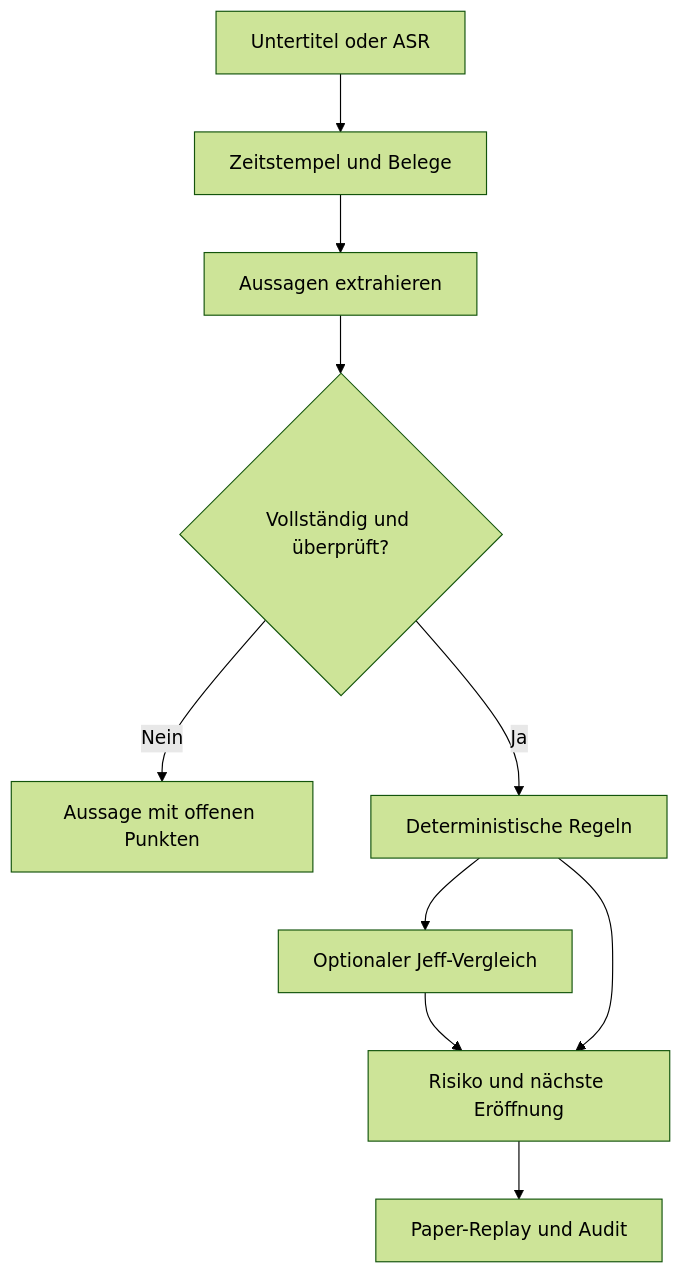
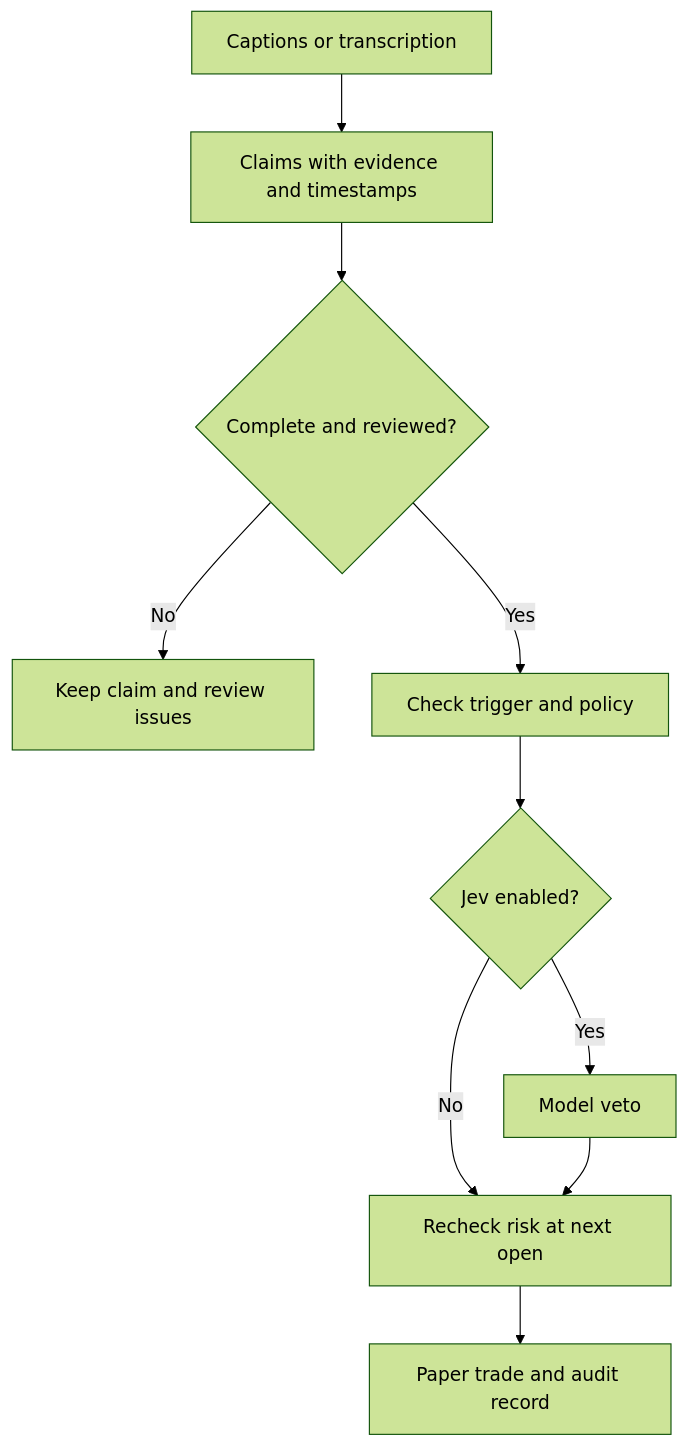
The diagram in README.md (larsmartens/signal-decision-lab), drawn with Mermaid (forest theme) before and after one commit. The commit also changed other lines of this file and 28 other files, not shown here.

````diff
--- a/README.md
+++ b/README.md
@@ -54,12 +52,12 @@
 ```mermaid
 flowchart TD
-  A["Untertitel oder ASR"] --> B["Zeitstempel und Belege"]
-  B --> C["Aussagen extrahieren"]
-  C --> D{"Vollständig und überprüft?"}
-  D -->|Nein| E["Aussage mit offenen Punkten"]
-  D -->|Ja| F["Deterministische Regeln"]
-  F --> G["Optionaler Jeff-Vergleich"]
-  G --> H["Risiko und nächste Eröffnung"]
-  F --> H
-  H --> I["Paper-Replay und Audit"]
+  A["Captions or transcription"] --> B["Claims with evidence and timestamps"]
+  B --> C{"Complete and reviewed?"}
+  C -->|No| D["Keep claim and review issues"]
+  C -->|Yes| E["Check trigger and policy"]
+  E --> F{"Jev enabled?"}
+  F -->|Yes| G["Model veto"]
+  F -->|No| H["Recheck risk at next open"]
+  G --> H
+  H --> I["Paper trade and audit record"]
 ```
````
